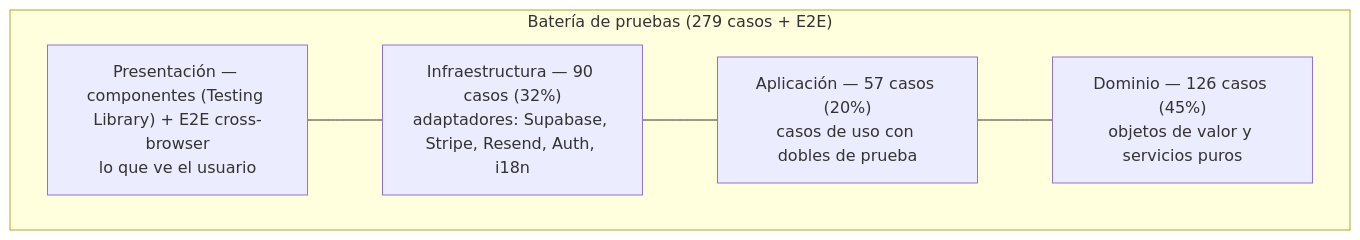
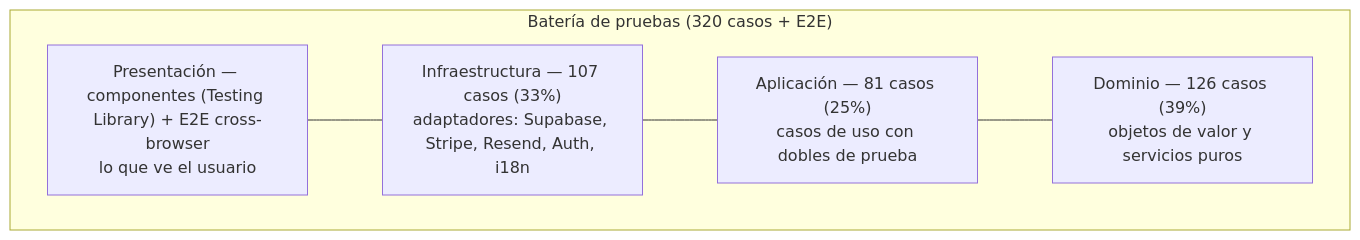
The diagram in docs/memoria/06-pruebas-calidad.md (Ogires/reservas-chanantes), drawn with Mermaid before and after one commit. The commit also changed other lines of this file and 6 other files, not shown here.

````diff
--- a/docs/memoria/06-pruebas-calidad.md
+++ b/docs/memoria/06-pruebas-calidad.md
@@ -30,10 +30,10 @@
 ```mermaid
 flowchart TB
-    subgraph Pyramid["Batería de pruebas (279 casos + E2E)"]
+    subgraph Pyramid["Batería de pruebas (320 casos + E2E)"]
         E["Presentación — componentes (Testing Library) + E2E cross-browser<br/>lo que ve el usuario"]
-        I["Infraestructura — 90 casos (32%)<br/>adaptadores: Supabase, Stripe, Resend, Auth, i18n"]
-        A["Aplicación — 57 casos (20%)<br/>casos de uso con dobles de prueba"]
-        D["Dominio — 126 casos (45%)<br/>objetos de valor y servicios puros"]
+        I["Infraestructura — 107 casos (33%)<br/>adaptadores: Supabase, Stripe, Resend, Auth, i18n"]
+        A["Aplicación — 81 casos (25%)<br/>casos de uso con dobles de prueba"]
+        D["Dominio — 126 casos (39%)<br/>objetos de valor y servicios puros"]
     end
     E --- I --- A --- D
 ```
````
